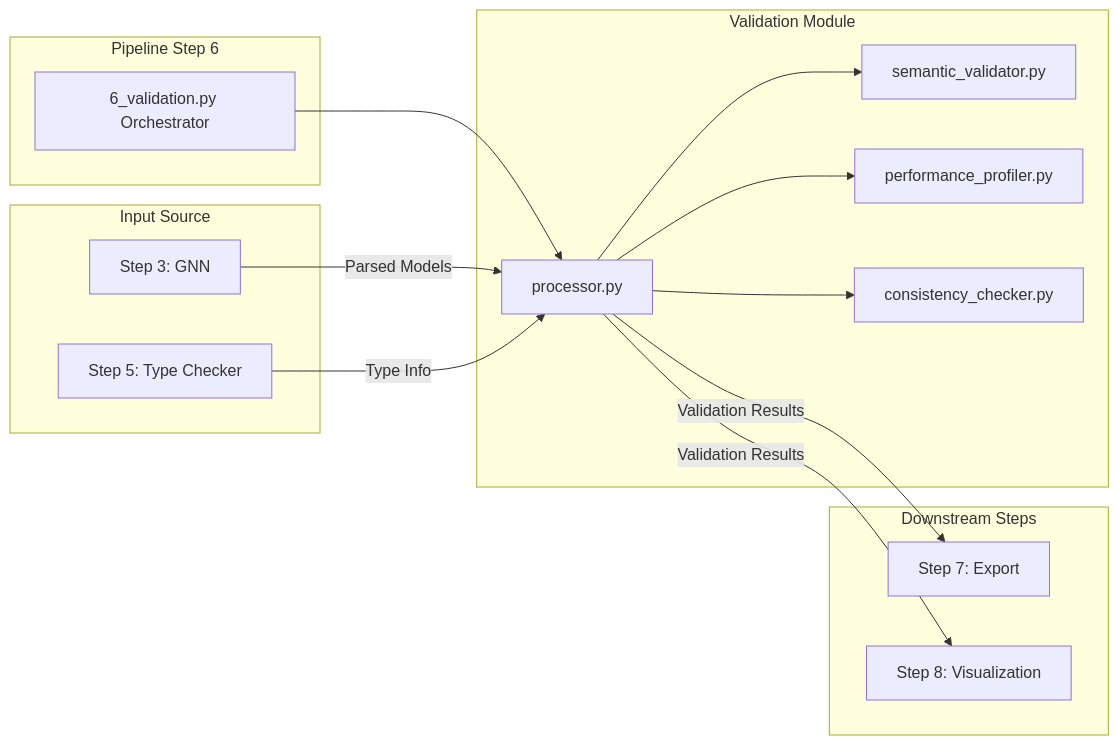
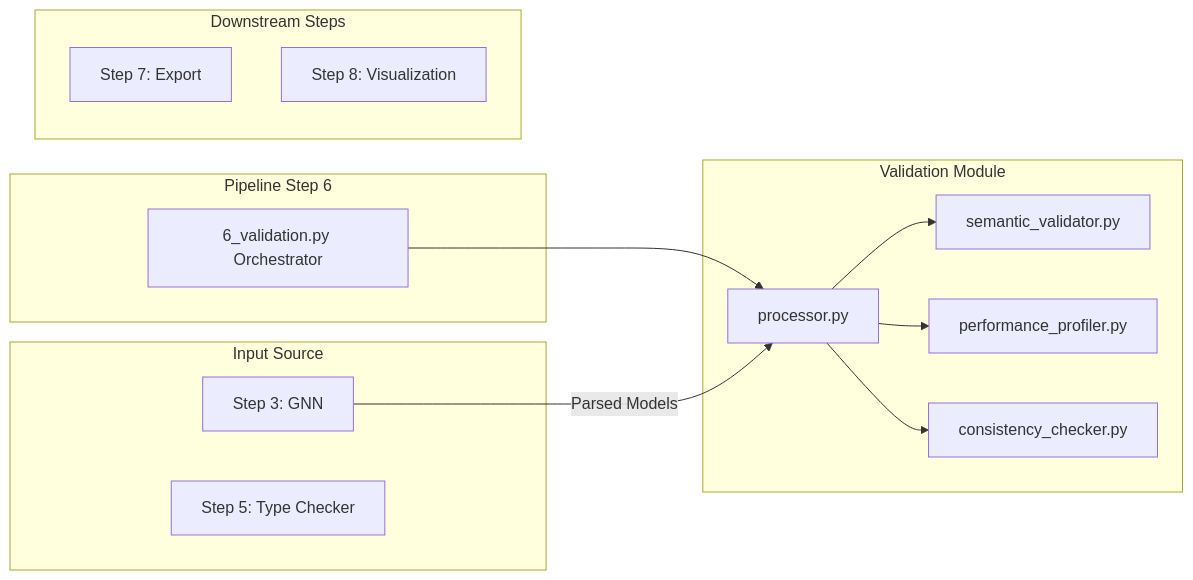
One commit to ActiveInferenceInstitute/GeneralizedNotationNotation changed the third of 3 diagrams in src/gnn/validation/README.md. Above: the diagram before and after it, drawn with Mermaid. The commit also changed 29 other files, not shown here.

First line of the commit message:
docs: correct pipeline data-dependency graphs to runtime artifact flow

````diff
--- a/src/gnn/validation/README.md
+++ b/src/gnn/validation/README.md
@@ -81,34 +81,31 @@
 ```mermaid
 flowchart LR
     subgraph "Pipeline Step 6"
         Step6[6_validation.py Orchestrator]
     end
     
     subgraph "Validation Module"
         Processor[processor.py]
         SemanticV[semantic_validator.py]
         PerformanceP[performance_profiler.py]
         ConsistencyC[consistency_checker.py]
     end
     
     subgraph "Input Source"
         Step3[Step 3: GNN]
         Step5[Step 5: Type Checker]
     end
     
     subgraph "Downstream Steps"
         Step7[Step 7: Export]
         Step8[Step 8: Visualization]
     end
     
     Step6 --> Processor
     Processor --> SemanticV
     Processor --> PerformanceP
     Processor --> ConsistencyC
     
     Step3 -->|Parsed Models| Processor
-    Step5 -->|Type Info| Processor
     
-    Processor -->|Validation Results| Step7
-    Processor -->|Validation Results| Step8
 ```
````
